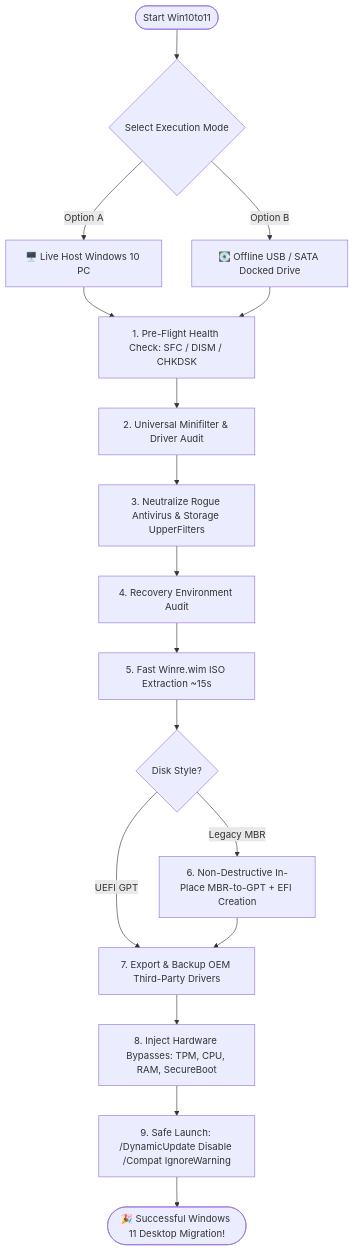
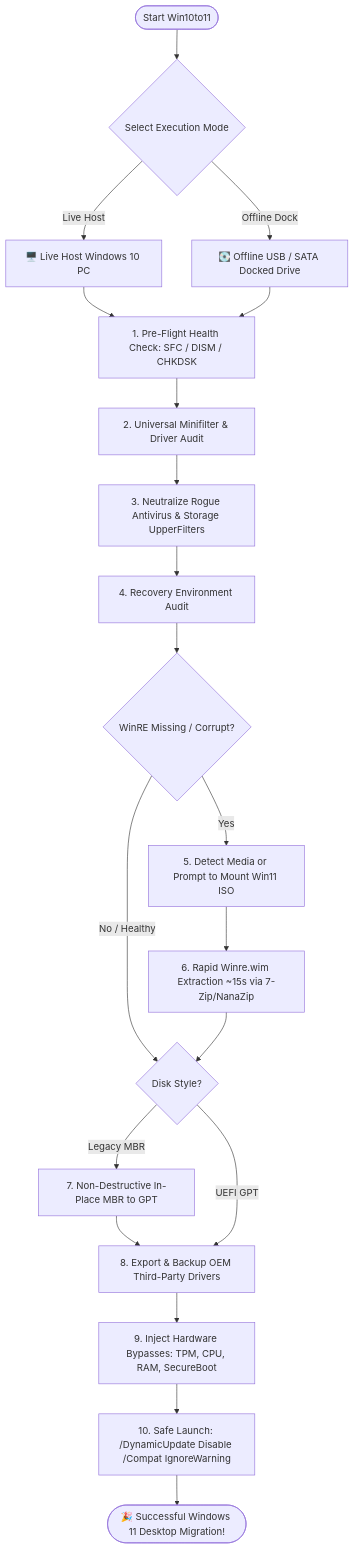
The diagram in README.md (remarkablepc/Win10to11), drawn with Mermaid before and after one commit. The commit also changed other lines of this file and 1 other file, not shown here.

Commit message:
Clarify WinRE ISO mount requirement and on-demand gptgen workflow in README and script

````diff
--- a/README.md
+++ b/README.md
@@ -68,26 +68,29 @@
 ```mermaid
 flowchart TD
   Start([Start Win10to11]) --> Mode{Select Execution Mode}
   
-  Mode -->|Option A| Live[🖥️ Live Host Windows 10 PC]
-  Mode -->|Option B| Dock[💽 Offline USB / SATA Docked Drive]
+  Mode -->|Live Host| Live[🖥️ Live Host Windows 10 PC]
+  Mode -->|Offline Dock| Dock[💽 Offline USB / SATA Docked Drive]
   
   Live --> Health[1. Pre-Flight Health Check: SFC / DISM / CHKDSK]
   Dock --> Health
   
   Health --> FilterScan[2. Universal Minifilter & Driver Audit]
   FilterScan --> FilterFix[3. Neutralize Rogue Antivirus & Storage UpperFilters]
   
   FilterFix --> WinREAudit[4. Recovery Environment Audit]
-  WinREAudit --> WinREExtract[5. Fast Winre.wim ISO Extraction ~15s]
+  WinREAudit --> WinRECheck{WinRE Missing / Corrupt?}
+  WinRECheck -->|Yes| PromptISO[5. Detect Media or Prompt to Mount Win11 ISO]
+  PromptISO --> FastExtract[6. Rapid Winre.wim Extraction ~15s via 7-Zip/NanaZip]
+  WinRECheck -->|No / Healthy| PartCheck
+  FastExtract --> PartCheck{Disk Style?}
   
-  WinREExtract --> PartCheck{Disk Style?}
-  PartCheck -->|Legacy MBR| Convert[6. Non-Destructive In-Place MBR-to-GPT + EFI Creation]
-  PartCheck -->|UEFI GPT| Drivers[7. Export & Backup OEM Third-Party Drivers]
+  PartCheck -->|Legacy MBR| Convert[7. Non-Destructive In-Place MBR to GPT]
   Convert --> Drivers
+  PartCheck -->|UEFI GPT| Drivers[8. Export & Backup OEM Third-Party Drivers]
   
-  Drivers --> Bypass[8. Inject Hardware Bypasses: TPM, CPU, RAM, SecureBoot]
-  Bypass --> Launch[9. Safe Launch: /DynamicUpdate Disable /Compat IgnoreWarning]
+  Drivers --> Bypass[9. Inject Hardware Bypasses: TPM, CPU, RAM, SecureBoot]
+  Bypass --> Launch[10. Safe Launch: /DynamicUpdate Disable /Compat IgnoreWarning]
   
   Launch --> Desktop([🎉 Successful Windows 11 Desktop Migration!])
 ```
````
